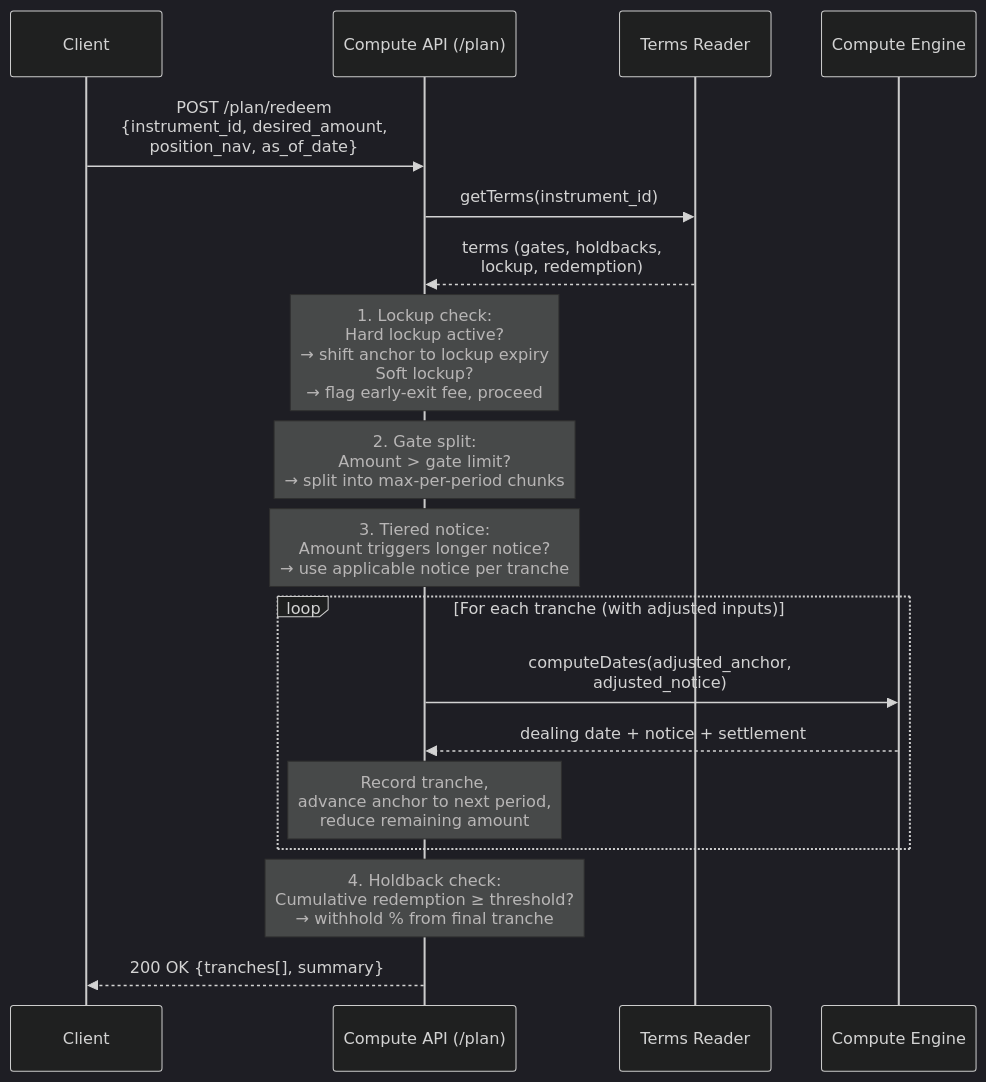
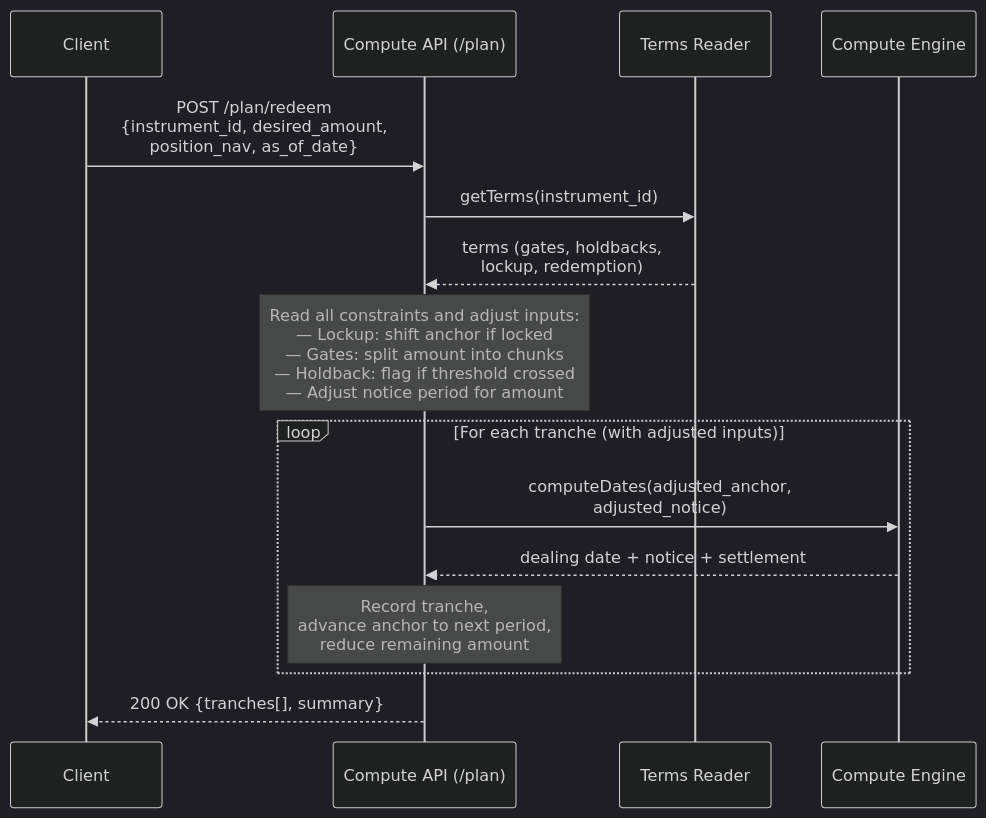
Before and after one commit to Ashu290905/OSYTE: the second of 2 diagrams in lcs-main/docs/architecture.md, drawn with Mermaid (dark theme). The commit also changed other lines of this file, not shown here.

First line of the commit message:
Fix /plan workflow: single constraint box, remove tiered notice, holdback before compute

````diff
--- a/lcs-main/docs/architecture.md
+++ b/lcs-main/docs/architecture.md
@@ -226,28 +223,22 @@
 ```mermaid
 sequenceDiagram
     participant Client
     participant API as Compute API (/plan)
     participant TR as Terms Reader
     participant CE as Compute Engine
 
     Client->>API: POST /plan/redeem<br/>{instrument_id, desired_amount,<br/> position_nav, as_of_date}
 
     API->>TR: getTerms(instrument_id)
     TR-->>API: terms (gates, holdbacks,<br/>lockup, redemption)
 
-    Note over API: 1. Lockup check:<br/>Hard lockup active?<br/>→ shift anchor to lockup expiry<br/>Soft lockup?<br/>→ flag early-exit fee, proceed
-
-    Note over API: 2. Gate split:<br/>Amount > gate limit?<br/>→ split into max-per-period chunks
-
-    Note over API: 3. Tiered notice:<br/>Amount triggers longer notice?<br/>→ use applicable notice per tranche
+    Note over API: Read all constraints and adjust inputs:<br/>— Lockup: shift anchor if locked<br/>— Gates: split amount into chunks<br/>— Holdback: flag if threshold crossed<br/>— Adjust notice period for amount
 
     loop For each tranche (with adjusted inputs)
         API->>CE: computeDates(adjusted_anchor,<br/>adjusted_notice)
         CE-->>API: dealing date + notice + settlement
         Note over API: Record tranche,<br/>advance anchor to next period,<br/>reduce remaining amount
     end
 
-    Note over API: 4. Holdback check:<br/>Cumulative redemption ≥ threshold?<br/>→ withhold % from final tranche
-
     API-->>Client: 200 OK {tranches[], summary}
 ```
````
